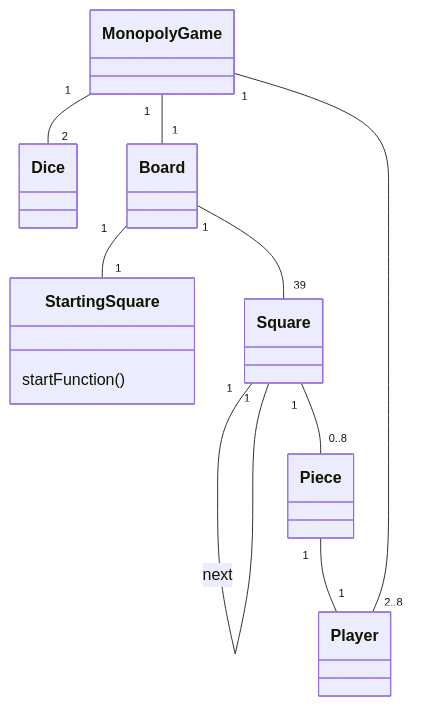
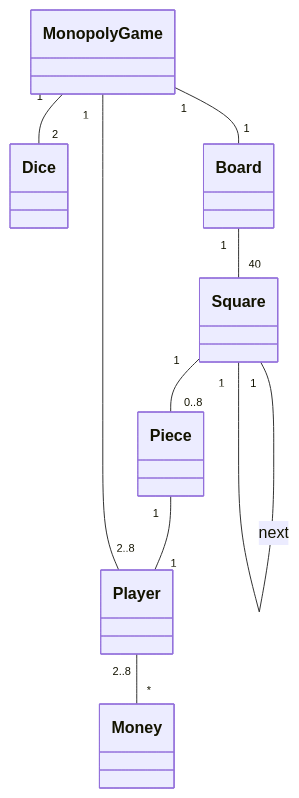
The diagram in laskarit/viikko3/monopoly.md (SouperSalamander/ot-harjoitustyo), drawn with Mermaid before and after one commit.

Commit message:
Update monopoly.md
added money

````diff
--- a/laskarit/viikko3/monopoly.md
+++ b/laskarit/viikko3/monopoly.md
@@ -1,14 +1,11 @@
 ```mermaid
  classDiagram
-    class StartingSquare {
-      startFunction()
-    }
     MonopolyGame "1" -- "2" Dice
     MonopolyGame "1" -- "1" Board
-    Board "1" -- "1" StartingSquare
-    Board "1" -- "39" Square
+    Board "1" -- "40" Square
     Square "1" -- "1" Square : next
     Square "1" -- "0..8" Piece
     Piece "1" -- "1" Player
     Player "2..8" -- "1" MonopolyGame
+    Player "2..8" -- "*" Money
 ```
````
